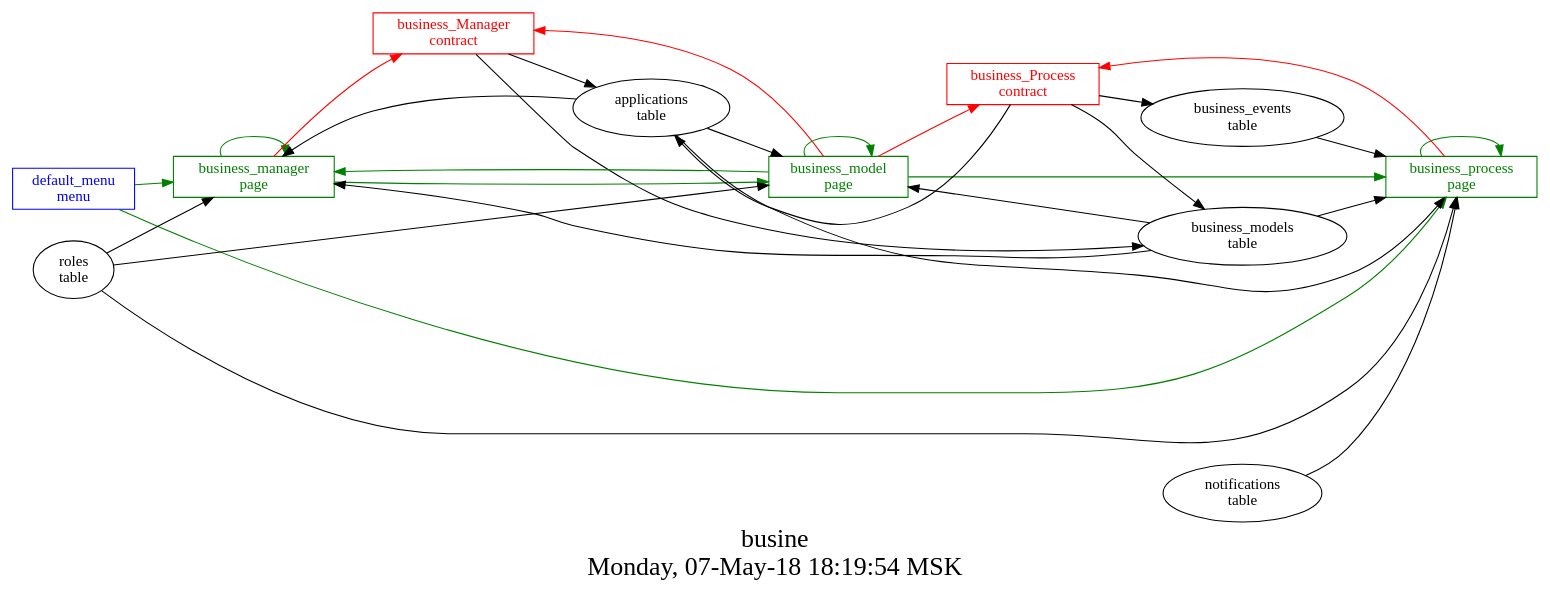
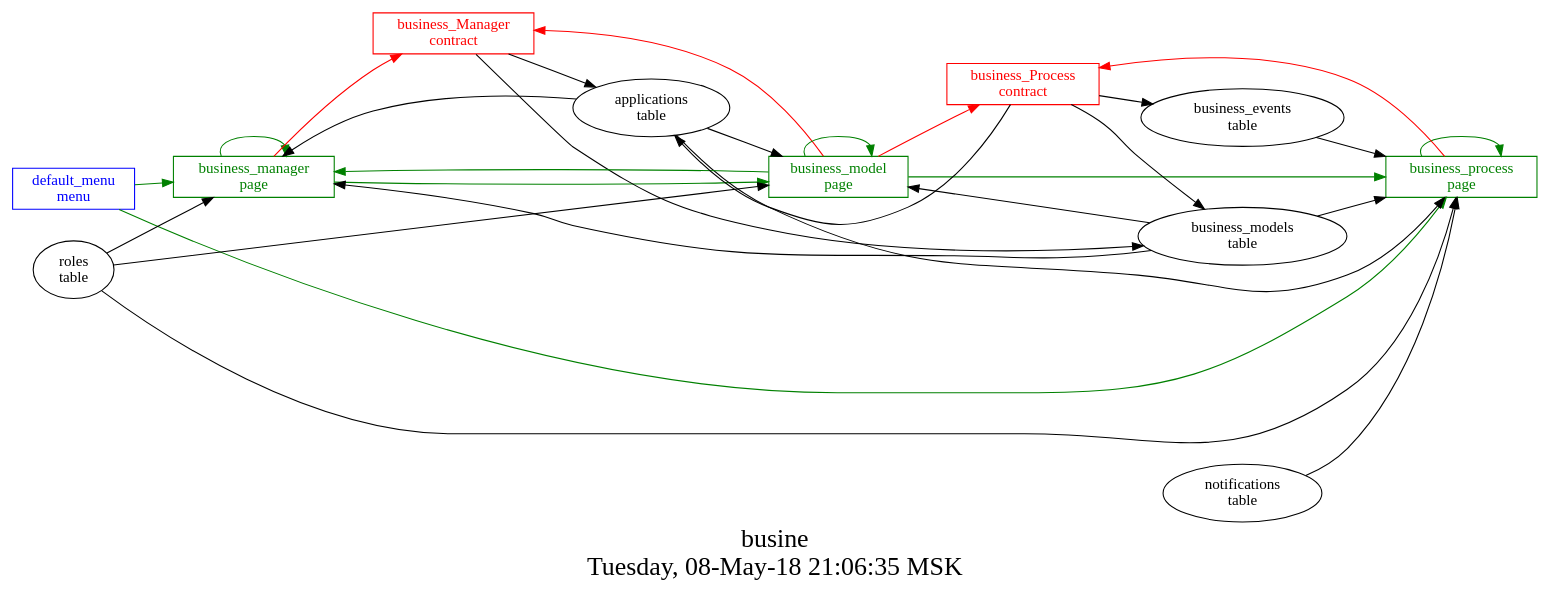
The diagram in src/business/struct.dot (AplaProject/apps), drawn with Graphviz before and after one commit. The commit also changed 5 other files, not shown here.

```diff
--- a/src/business/struct.dot
+++ b/src/business/struct.dot
@@ -1,46 +1,46 @@
 digraph G {
 graph [
   fontsize="24";
-  label="busine\nMonday, 07-May-18 18:19:54 MSK";
+  label="busine\nTuesday, 08-May-18 21:06:35 MSK";
   nojustify=true;
   ordering=out;
   rankdir=LR;
   size="30";
 ];
 "default_menu\nmenu" -> "business_manager\npage"  [ color=green ]
 "default_menu\nmenu" -> "business_process\npage"  [ color=green ]
 "default_menu\nmenu" [color=blue, fontcolor=blue, group=menus, shape=record];
 "business_manager\npage" -> "business_Manager\ncontract"  [ color=red ]
 "applications\ntable" -> "business_manager\npage"  [ color="" ]
 "roles\ntable" -> "business_manager\npage"  [ color="" ]
 "business_models\ntable" -> "business_manager\npage"  [ color="" ]
 "business_manager\npage" -> "business_model\npage"  [ color=green ]
 "business_manager\npage" -> "business_manager\npage"  [ color=green ]
 "business_manager\npage" [color=green, fontcolor=green, group=pages, shape=record];
 "business_model\npage" -> "business_Process\ncontract"  [ color=red ]
 "business_model\npage" -> "business_Manager\ncontract"  [ color=red ]
 "applications\ntable" -> "business_model\npage"  [ color="" ]
 "business_models\ntable" -> "business_model\npage"  [ color="" ]
 "roles\ntable" -> "business_model\npage"  [ color="" ]
 "business_model\npage" -> "business_manager\npage"  [ color=green ]
 "business_model\npage" -> "business_process\npage"  [ color=green ]
 "business_model\npage" -> "business_model\npage"  [ color=green ]
 "business_model\npage" [color=green, fontcolor=green, group=pages, shape=record];
 "business_process\npage" -> "business_Process\ncontract"  [ color=red ]
 "applications\ntable" -> "business_process\npage"  [ color="" ]
 "notifications\ntable" -> "business_process\npage"  [ color="" ]
 "business_models\ntable" -> "business_process\npage"  [ color="" ]
 "roles\ntable" -> "business_process\npage"  [ color="" ]
 "business_events\ntable" -> "business_process\npage"  [ color="" ]
 "business_process\npage" -> "business_process\npage"  [ color=green ]
 "business_process\npage" [color=green, fontcolor=green, group=pages, shape=record];
 "business_Manager\ncontract" -> "applications\ntable"  [ color="" ]
 "business_Manager\ncontract" -> "business_models\ntable"  [ color="" ]
 "business_Manager\ncontract" [color=red, fontcolor=red, group=contracts, shape=record];
 "business_Process\ncontract" -> "applications\ntable"  [ color="" ]
 "business_Process\ncontract" -> "business_events\ntable"  [ color="" ]
 "business_Process\ncontract" -> "business_models\ntable"  [ color="" ]
 "business_Process\ncontract" [color=red, fontcolor=red, group=contracts, shape=record];
 "business_events\ntable" [color="", fontcolor="", group=tables, shape=""];
 "business_models\ntable" [color="", fontcolor="", group=tables, shape=""];
 }
```
